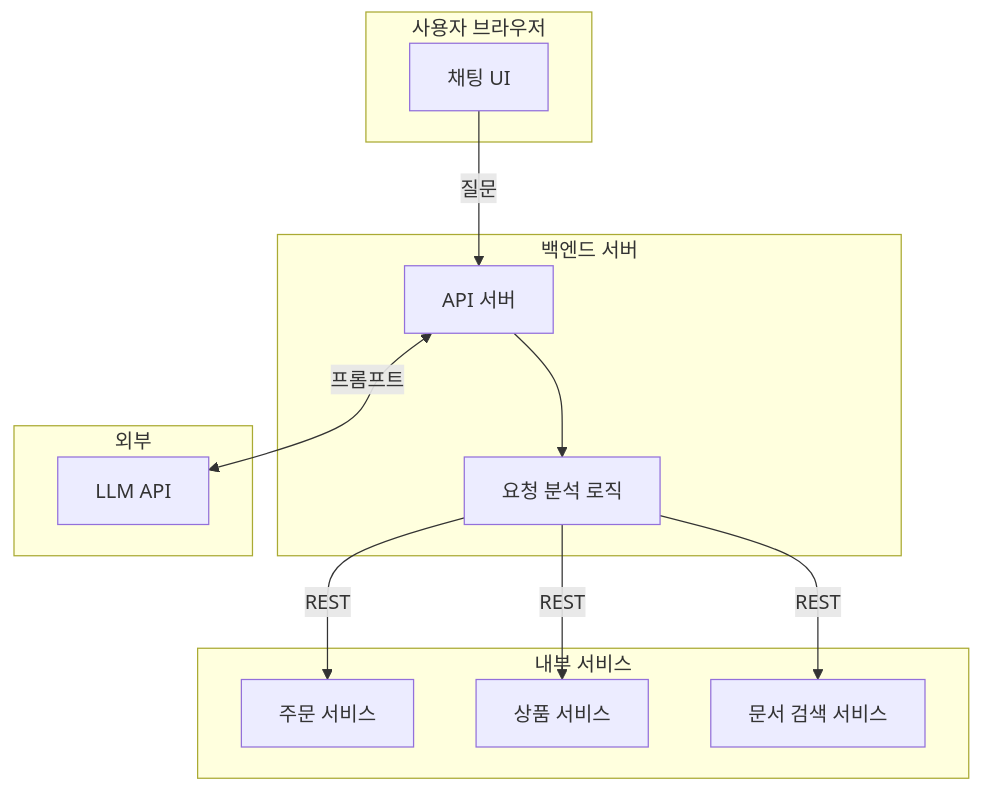
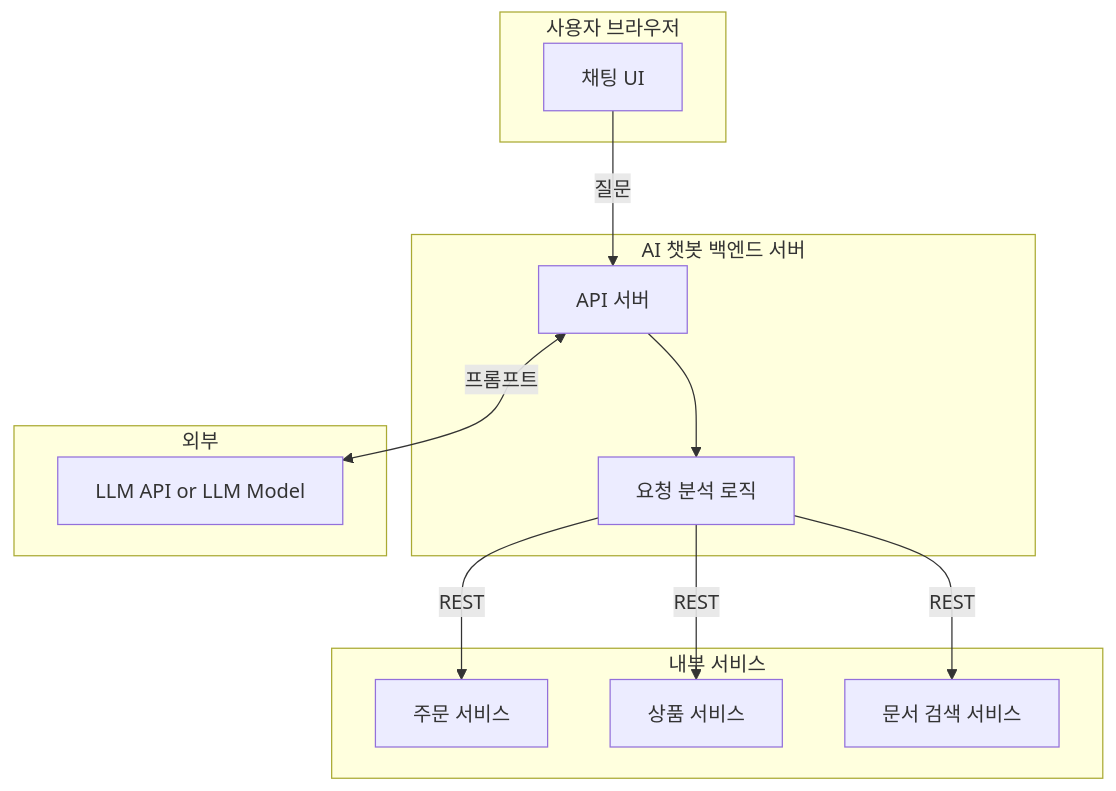
Before and after one commit to 12OneTwo12/12OneTwo12.github.io: diagram 11 of 13 in content/blog/trends/mcp-deep-dive.ko.md, drawn with Mermaid. The commit also changed other lines of this file, not shown here.

````diff
--- a/content/blog/trends/mcp-deep-dive.ko.md
+++ b/content/blog/trends/mcp-deep-dive.ko.md
@@ -812,28 +813,28 @@
 ```mermaid
 flowchart TB
     subgraph Client["사용자 브라우저"]
         UI["채팅 UI"]
     end
 
-    subgraph Backend["백엔드 서버"]
+    subgraph Backend["AI 챗봇 백엔드 서버"]
         API["API 서버"]
         Router["요청 분석 로직"]
     end
 
     subgraph Services["내부 서비스"]
         Order["주문 서비스"]
         Product["상품 서비스"]
         DocSearch["문서 검색 서비스"]
     end
 
     subgraph External["외부"]
-        LLM["LLM API"]
+        LLM["LLM API or LLM Model"]
     end
 
     UI -->|"질문"| API
     API --> Router
     Router -->|"REST"| Order
     Router -->|"REST"| Product
     Router -->|"REST"| DocSearch
     API <-->|"프롬프트"| LLM
 ```
````
